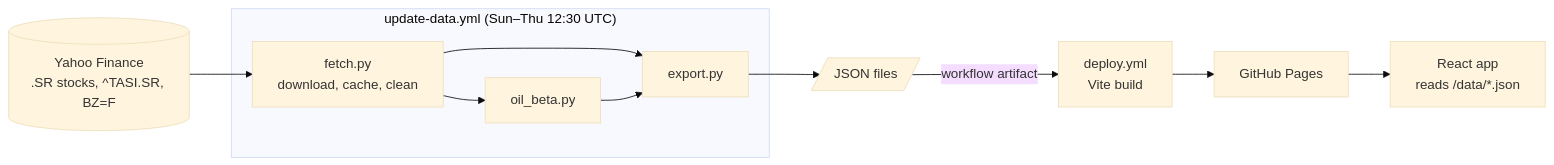
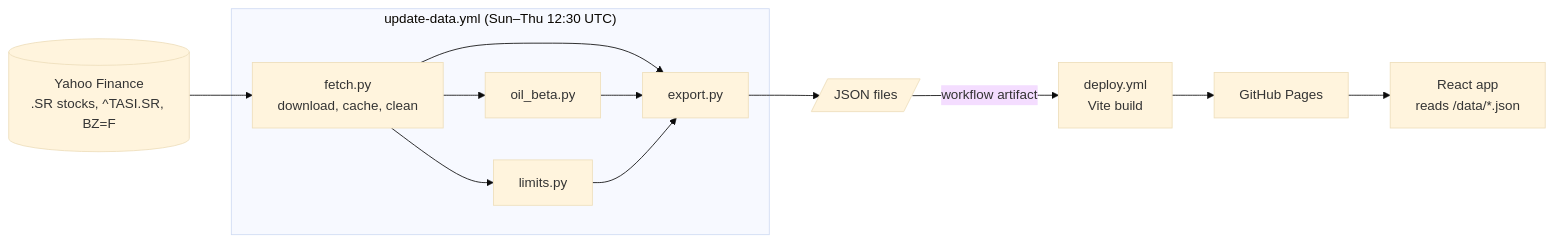
Before and after one commit to msghamdy/tadawul-pulse: the diagram in README.md, drawn with Mermaid (base theme). The commit also changed other lines of this file and 19 other files, not shown here.

````diff
--- a/README.md
+++ b/README.md
@@ -42,16 +43,19 @@
 ```mermaid
 flowchart LR
     Y[(Yahoo Finance<br/>.SR stocks, ^TASI.SR, BZ=F)] --> F[fetch.py<br/>download, cache, clean]
     F --> O[oil_beta.py]
+    F --> L[limits.py]
     F --> E[export.py]
     O --> E
+    L --> E
     E --> J[/JSON files/]
     subgraph "update-data.yml (Sun–Thu 12:30 UTC)"
       F
       O
+      L
       E
     end
     J -->|workflow artifact| D[deploy.yml<br/>Vite build]
     D --> P[GitHub Pages]
     P --> B[React app<br/>reads /data/*.json]
 ```
````
